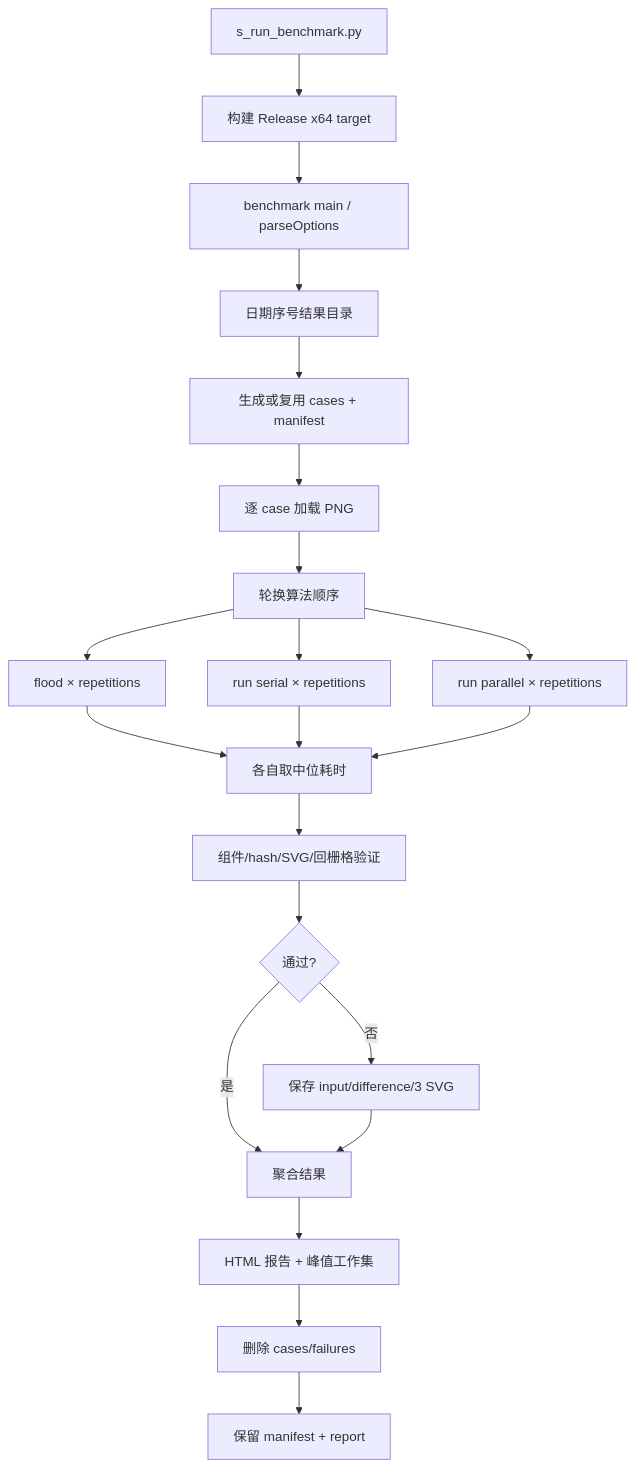
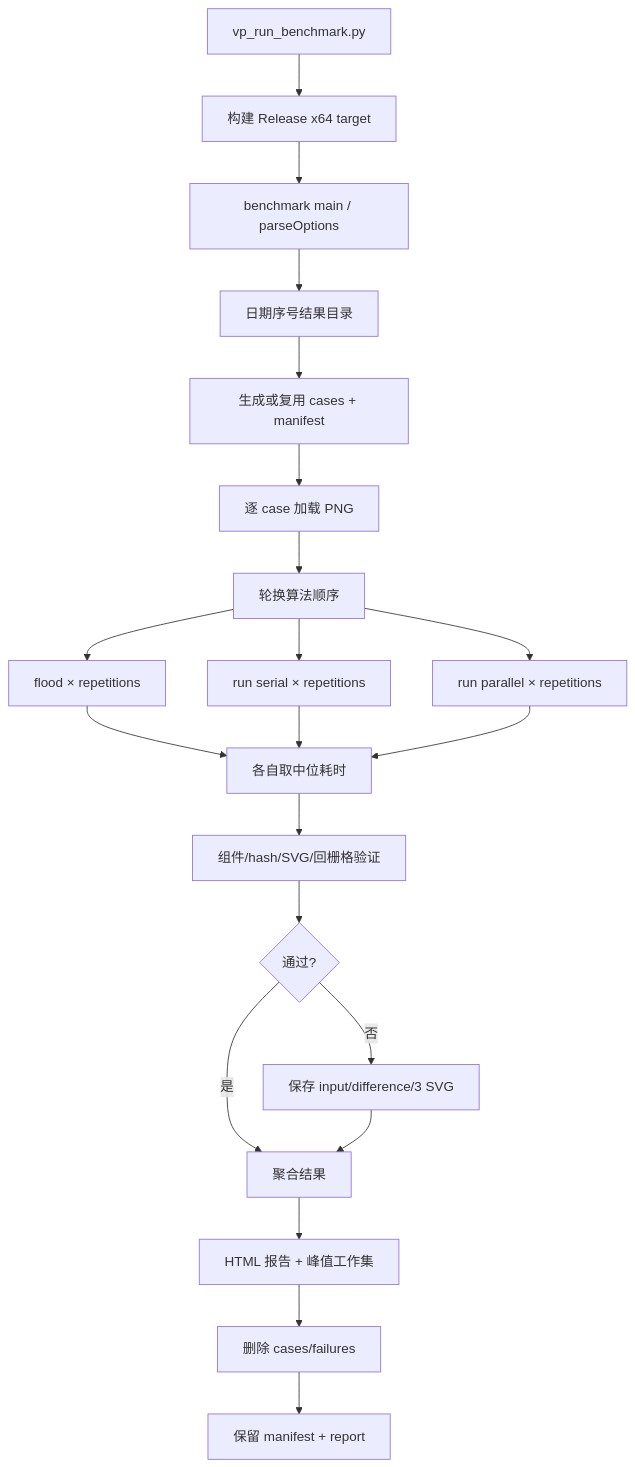
Before and after one commit to HJX0201/vectorPath: the ninth of 10 diagrams in sgraphDocs/BITMAP_VECTORIZATION_SOURCE_REFERENCE.md, drawn with Mermaid. The commit also changed other lines of this file and 628 other files, not shown here.

````diff
--- a/sgraphDocs/BITMAP_VECTORIZATION_SOURCE_REFERENCE.md
+++ b/sgraphDocs/BITMAP_VECTORIZATION_SOURCE_REFERENCE.md
@@ -955,23 +955,23 @@
 ```mermaid
 flowchart TD
-    A["s_run_benchmark.py"] --> B["构建 Release x64 target"]
+    A["vp_run_benchmark.py"] --> B["构建 Release x64 target"]
     B --> C["benchmark main / parseOptions"]
     C --> D["日期序号结果目录"]
     D --> E["生成或复用 cases + manifest"]
     E --> F["逐 case 加载 PNG"]
     F --> G["轮换算法顺序"]
     G --> H["flood × repetitions"]
     G --> I["run serial × repetitions"]
     G --> J["run parallel × repetitions"]
     H --> K["各自取中位耗时"]
     I --> K
     J --> K
     K --> L["组件/hash/SVG/回栅格验证"]
     L --> M{"通过?"}
     M -- 否 --> N["保存 input/difference/3 SVG"]
     M -- 是 --> O["聚合结果"]
     N --> O
     O --> P["HTML 报告 + 峰值工作集"]
     P --> Q["删除 cases/failures"]
     Q --> R["保留 manifest + report"]
 ```
````
